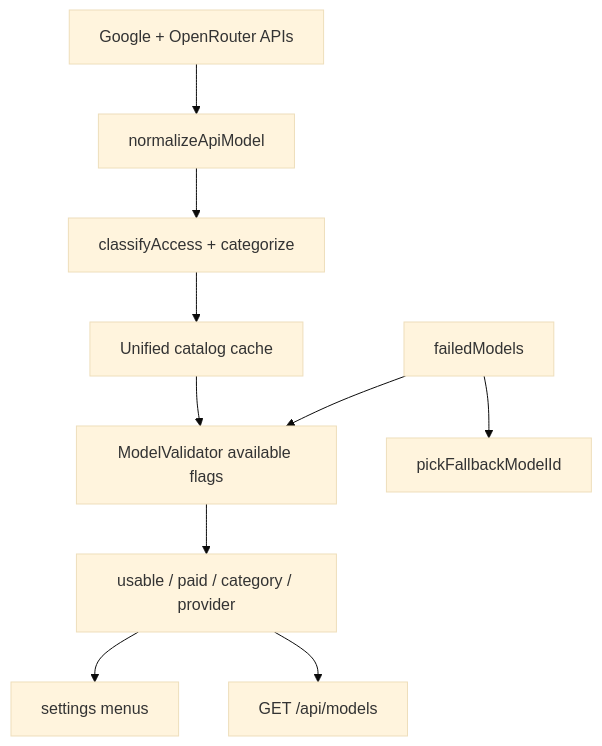
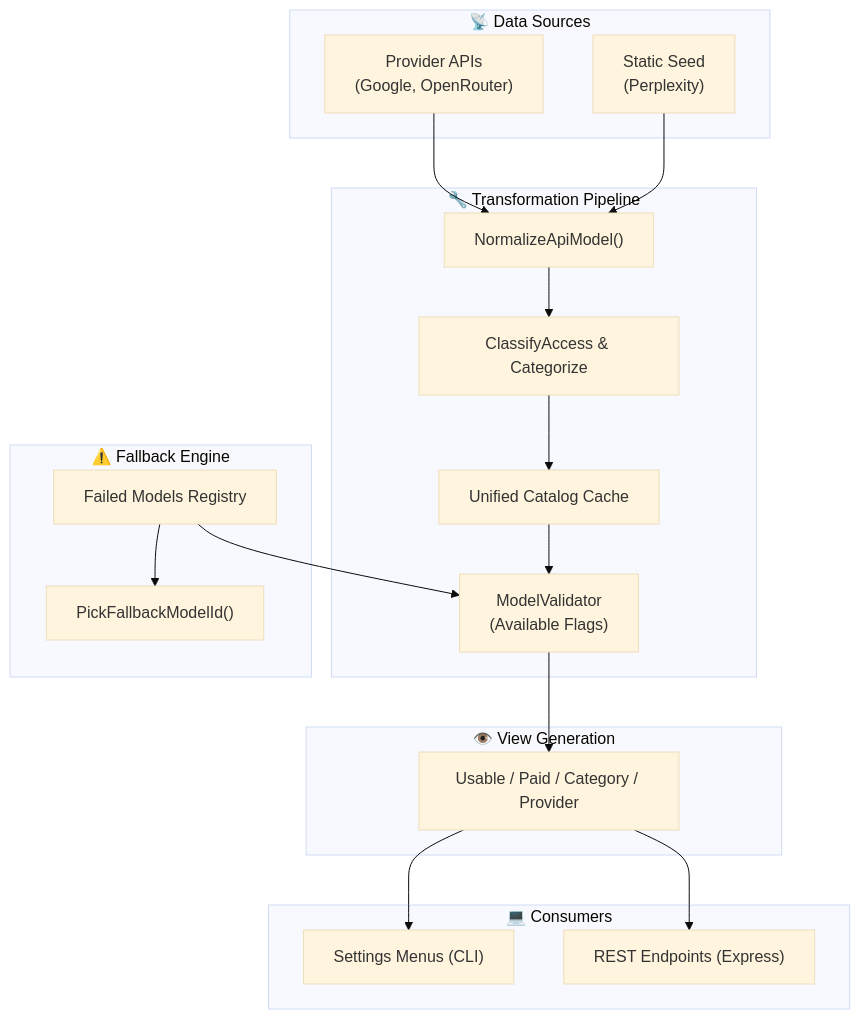
One commit to Maijied/Lorapok_AI_Agent changed the second of 2 diagrams in Docs/architecture/DATA_FLOW.md. Above: the diagram before and after it, drawn with Mermaid (base theme). The commit also changed other lines of this file and 25 other files, not shown here.

````diff
--- a/Docs/architecture/DATA_FLOW.md
+++ b/Docs/architecture/DATA_FLOW.md
@@ -3,12 +54,45 @@
 ```mermaid
 flowchart TD
-  APIs[Google + OpenRouter APIs] --> Norm[normalizeApiModel]
-  Norm --> Access[classifyAccess + categorize]
-  Access --> Cache[Unified catalog cache]
-  Cache --> Val[ModelValidator available flags]
-  Val --> Views[usable / paid / category / provider]
-  Views --> CLI[settings menus]
-  Views --> REST[GET /api/models]
-  Fail[failedModels] --> Val
-  Fail --> FB[pickFallbackModelId]
+  %% Data Sources
+  subgraph Data["📡 Data Sources"]
+    API["Provider APIs\n(Google, OpenRouter)"]
+    Seed["Static Seed\n(Perplexity)"]
+  end
+
+  %% Transformation pipeline
+  subgraph Pipeline["🔧 Transformation Pipeline"]
+    Norm["NormalizeApiModel()"]
+    Access["ClassifyAccess & Categorize"]
+    Cache["Unified Catalog Cache"]
+    Val["ModelValidator\n(Available Flags)"]
+  end
+
+  %% Outcomes
+  subgraph ViewOutcomes["👁️ View Generation"]
+    Views["Usable / Paid / Category / Provider"]
+  end
+
+  %% Consumer
+  subgraph Consumer["💻 Consumers"]
+    CLI["Settings Menus (CLI)"]
+    REST["REST Endpoints (Express)"]
+  end
+
+  %% Fallback logic
+  subgraph Fallback["⚠️ Fallback Engine"]
+    Fail["Failed Models Registry"]
+    FB["PickFallbackModelId()"]
+  end
+
+  API --> Norm
+  Seed --> Norm
+  Norm --> Access
+  Access --> Cache
+  Cache --> Val
+  Val --> Views
+  Views --> CLI
+  Views --> REST
+  
+  Fail --> Val
+  Fail --> FB
 ```
````
